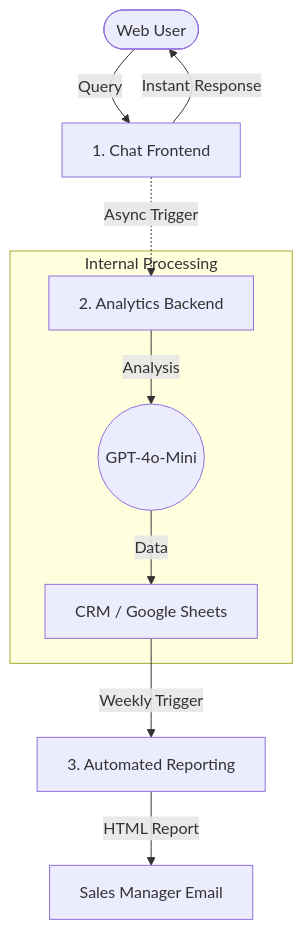
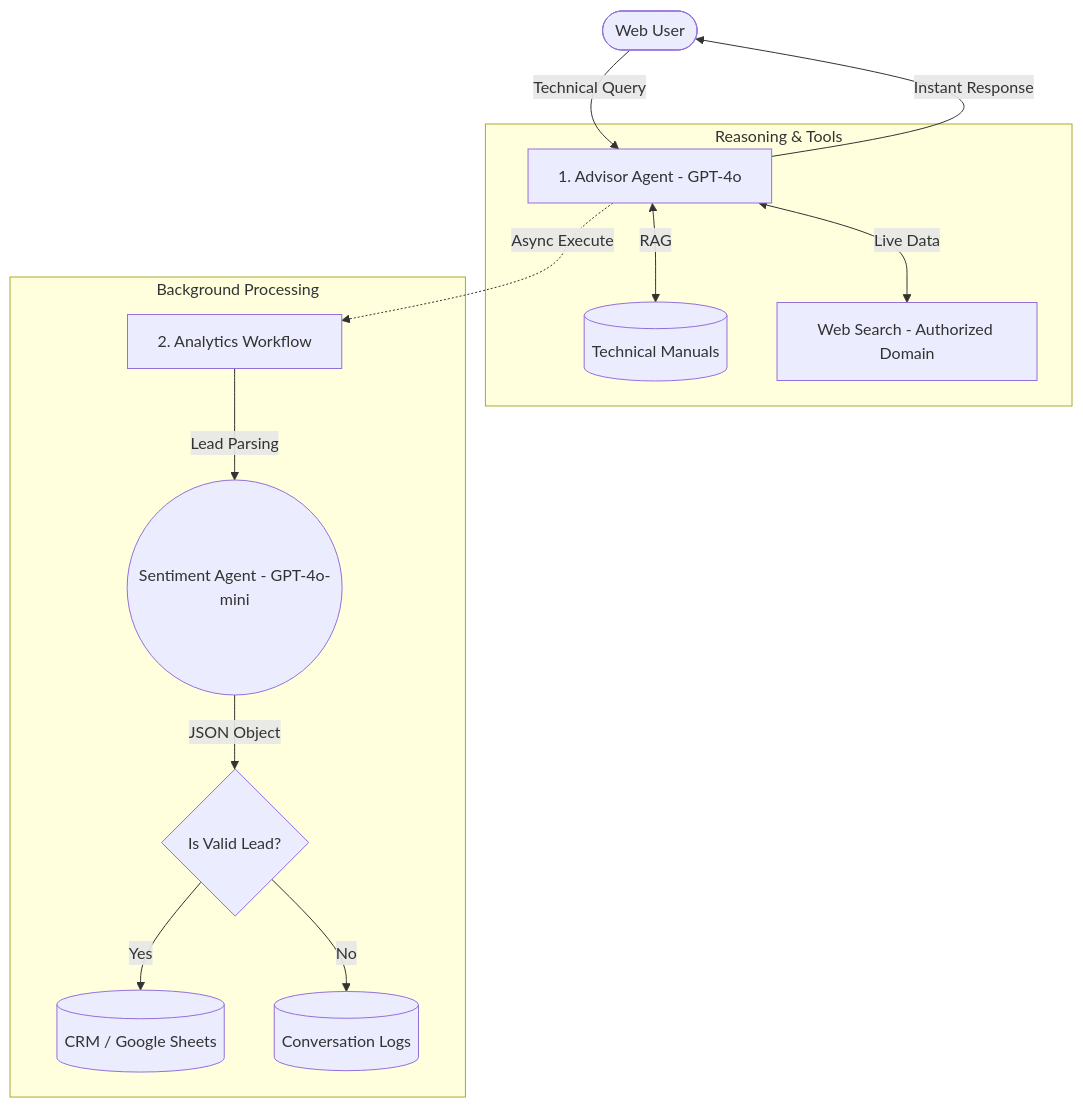
The diagram in README.md (tparzonka/expert-ai-sales-advisor-system), drawn with Mermaid before and after one commit. The commit also changed other lines of this file, not shown here.

````diff
--- a/README.md
+++ b/README.md
@@ -35,15 +35,21 @@
 ```mermaid
 graph TD
-    User([Web User]) -->|Query| Frontend[1. Chat Frontend]
+    User([Web User]) -->|Technical Query| Frontend[1. Advisor Agent - GPT-4o]
+    
+    subgraph "Reasoning & Tools"
+    Frontend <-->|RAG| VectorDB[(Technical Manuals)]
+    Frontend <-->|Live Data| WebSearch[Web Search - Authorized Domain]
+    end
+
     Frontend -->|Instant Response| User
     
-    Frontend -.->|Async Trigger| Backend[2. Analytics Backend]
+    %% Async Trigger
+    Frontend -.->|Async Execute| Backend[2. Analytics Workflow]
     
-    subgraph "Internal Processing"
-    Backend -->|Analysis| AI_Model((GPT-4o-Mini))
-    AI_Model -->|Data| CRM["CRM / Google Sheets"]
+    subgraph "Background Processing"
+    Backend -->|Lead Parsing| LeadAgent((Sentiment Agent - GPT-4o-mini))
+    LeadAgent -->|JSON Object| Qualifier{Is Valid Lead?}
+    Qualifier -->|Yes| CRM[(CRM / Google Sheets)]
+    Qualifier -->|No| Logs[(Conversation Logs)]
     end
-    
-    CRM -->|Weekly Trigger| Reporter[3. Automated Reporting]
-    Reporter -->|HTML Report| Management["Sales Manager Email"]
 ```
````
